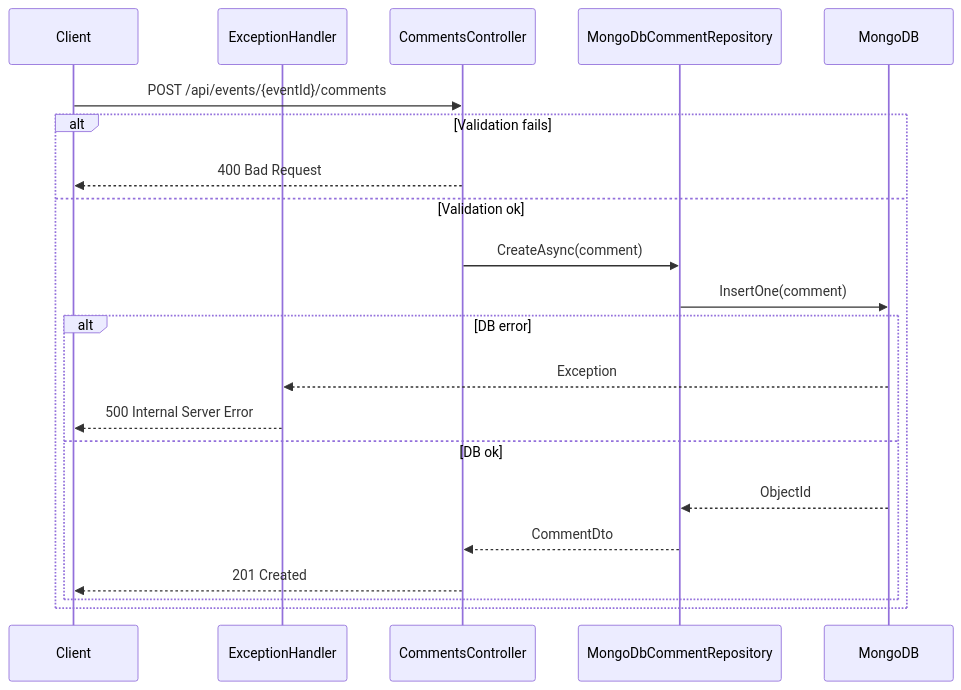
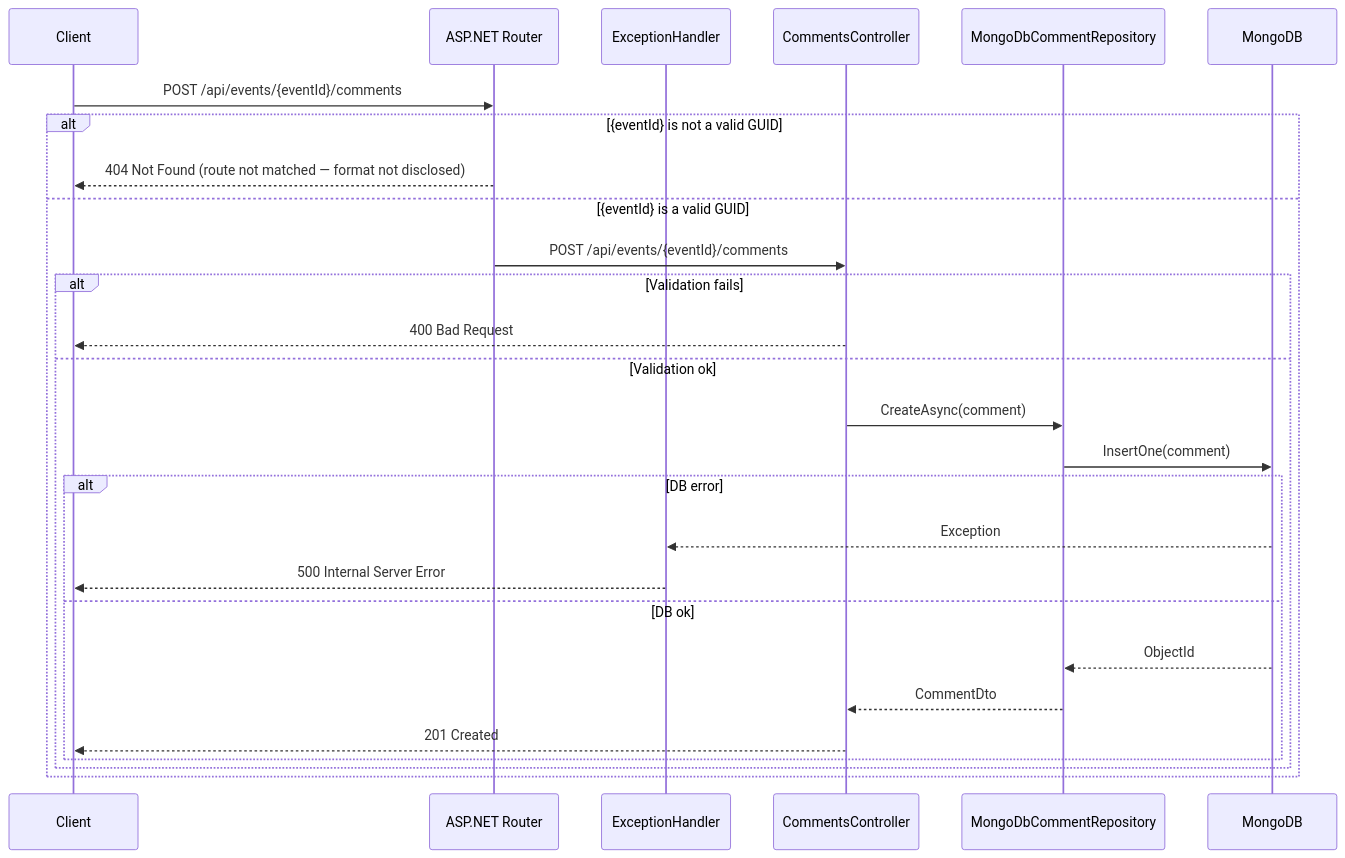
Before and after one commit to LaurentCondoure/EventManager: the diagram in documents/Technical/flows/POST-comment.md, drawn with Mermaid. The commit also changed 2 other files, not shown here.

Commit message:
docs: add ASP.NET router to request sequences diagrams

````diff
--- a/documents/Technical/flows/POST-comment.md
+++ b/documents/Technical/flows/POST-comment.md
@@ -1,24 +1,30 @@
 ```mermaid
 sequenceDiagram
     participant Client
+    participant Router as ASP.NET Router
     participant EH as ExceptionHandler
     participant API as CommentsController
     participant Repo as MongoDbCommentRepository
     participant Mongo as MongoDB
 
-    Client->>API: POST /api/events/{eventId}/comments
-    alt Validation fails
-        API-->>Client: 400 Bad Request
-    else Validation ok
-        API->>Repo: CreateAsync(comment)
-        Repo->>Mongo: InsertOne(comment)
-        alt DB error
-            Mongo-->>EH: Exception
-            EH-->>Client: 500 Internal Server Error
-        else DB ok
-            Mongo-->>Repo: ObjectId
-            Repo-->>API: CommentDto
-            API-->>Client: 201 Created
+    Client->>Router: POST /api/events/{eventId}/comments
+    alt {eventId} is not a valid GUID
+        Router-->>Client: 404 Not Found (route not matched — format not disclosed)
+    else {eventId} is a valid GUID
+        Router->>API: POST /api/events/{eventId}/comments
+        alt Validation fails
+            API-->>Client: 400 Bad Request
+        else Validation ok
+            API->>Repo: CreateAsync(comment)
+            Repo->>Mongo: InsertOne(comment)
+            alt DB error
+                Mongo-->>EH: Exception
+                EH-->>Client: 500 Internal Server Error
+            else DB ok
+                Mongo-->>Repo: ObjectId
+                Repo-->>API: CommentDto
+                API-->>Client: 201 Created
+            end
         end
     end
 ```
````
